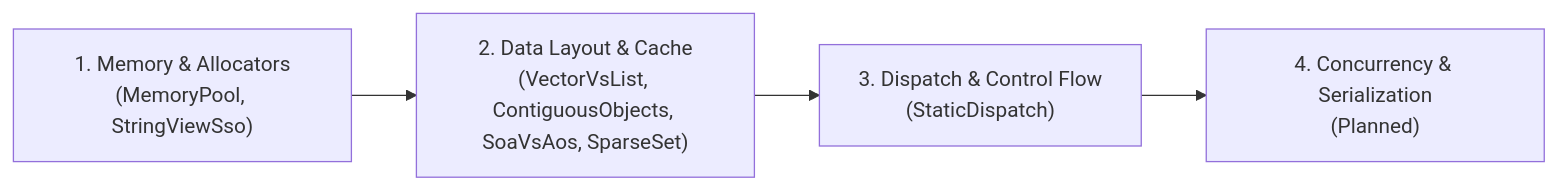
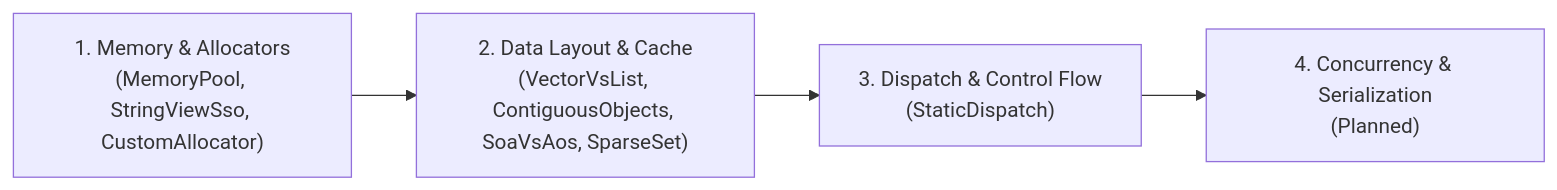
One commit to LevyArsOS/cpp-lessons changed the diagram in README.md. Above: the diagram before and after it, drawn with Mermaid. The commit also changed other lines of this file and 2 other files, not shown here.

Commit message:
docs(custom-allocator): add Portuguese tutorial and update index
Refs: 8

````diff
--- a/README.md
+++ b/README.md
@@ -33,6 +33,6 @@
 ```mermaid
 flowchart LR
-    M["1. Memory &amp; Allocators<br/>(MemoryPool, StringViewSso)"] --> D["2. Data Layout &amp; Cache<br/>(VectorVsList, ContiguousObjects, SoaVsAos, SparseSet)"]
+    M["1. Memory &amp; Allocators<br/>(MemoryPool, StringViewSso, CustomAllocator)"] --> D["2. Data Layout &amp; Cache<br/>(VectorVsList, ContiguousObjects, SoaVsAos, SparseSet)"]
     D --> C["3. Dispatch &amp; Control Flow<br/>(StaticDispatch)"]
     C --> P["4. Concurrency &amp; Serialization<br/>(Planned)"]
 ```
````
